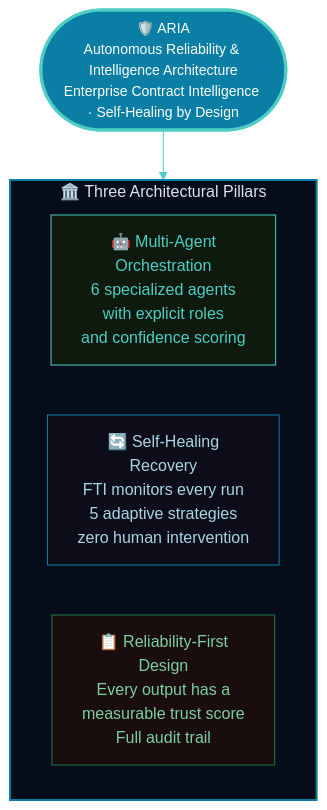
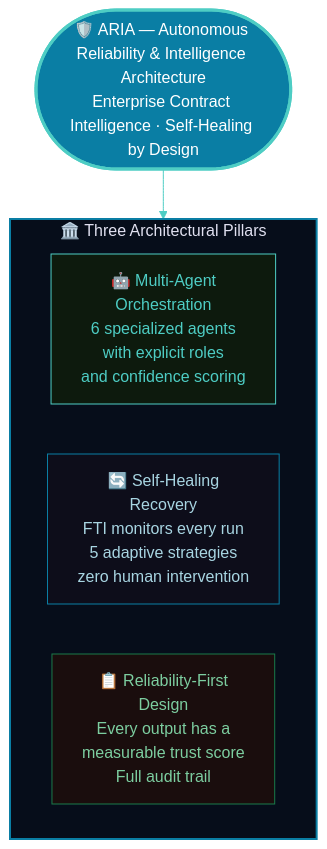
One commit to debasmita30/aria-contract-intelligence changed the second of 7 diagrams in README.md. Above: the diagram before and after it, drawn with Mermaid. The commit also changed other lines of this file, not shown here.

````diff
--- a/README.md
+++ b/README.md
@@ -120,20 +123,20 @@
 ```mermaid
 %%{init: {'theme': 'base', 'themeVariables': {'primaryColor': '#0D1F3C', 'primaryTextColor': '#E0E0F0', 'primaryBorderColor': '#0A7EA4', 'lineColor': '#4ECDC4', 'secondaryColor': '#0a1628', 'background': '#060d1a', 'mainBkg': '#0D1F3C', 'clusterBkg': '#0a1628', 'titleColor': '#E0E0F0', 'fontFamily': 'monospace'}}}%%
 flowchart TD
-    TITLE(["🛡️ ARIA\nAutonomous Reliability & Intelligence Architecture\nEnterprise Contract Intelligence · Self-Healing by Design"])
+    TITLE(["🛡️ ARIA — Autonomous Reliability & Intelligence Architecture\nEnterprise Contract Intelligence · Self-Healing by Design"])
 
     subgraph PILLARS ["🏛️ Three Architectural Pillars"]
         direction LR
         P1["🤖 Multi-Agent\nOrchestration\n6 specialized agents\nwith explicit roles\nand confidence scoring"]
         P2["🔄 Self-Healing\nRecovery\nFTI monitors every run\n5 adaptive strategies\nzero human intervention"]
         P3["📋 Reliability-First\nDesign\nEvery output has a\nmeasurable trust score\nFull audit trail"]
     end
 
     TITLE --> PILLARS
 
-    style TITLE fill:#0A7EA4,stroke:#4ECDC4,stroke-width:3px,color:#fff,font-size:14px
+    style TITLE fill:#0A7EA4,stroke:#4ECDC4,stroke-width:3px,color:#fff
     style P1 fill:#0d1a0d,stroke:#4ECDC4,color:#4ECDC4
     style P2 fill:#0d0d1a,stroke:#0A7EA4,color:#A8D5E2
     style P3 fill:#1a0d0d,stroke:#1A7A4A,color:#7DCEA0
     style PILLARS fill:#060d1a,stroke:#0A7EA4,stroke-width:2px,color:#E0E0F0
 ```
````
